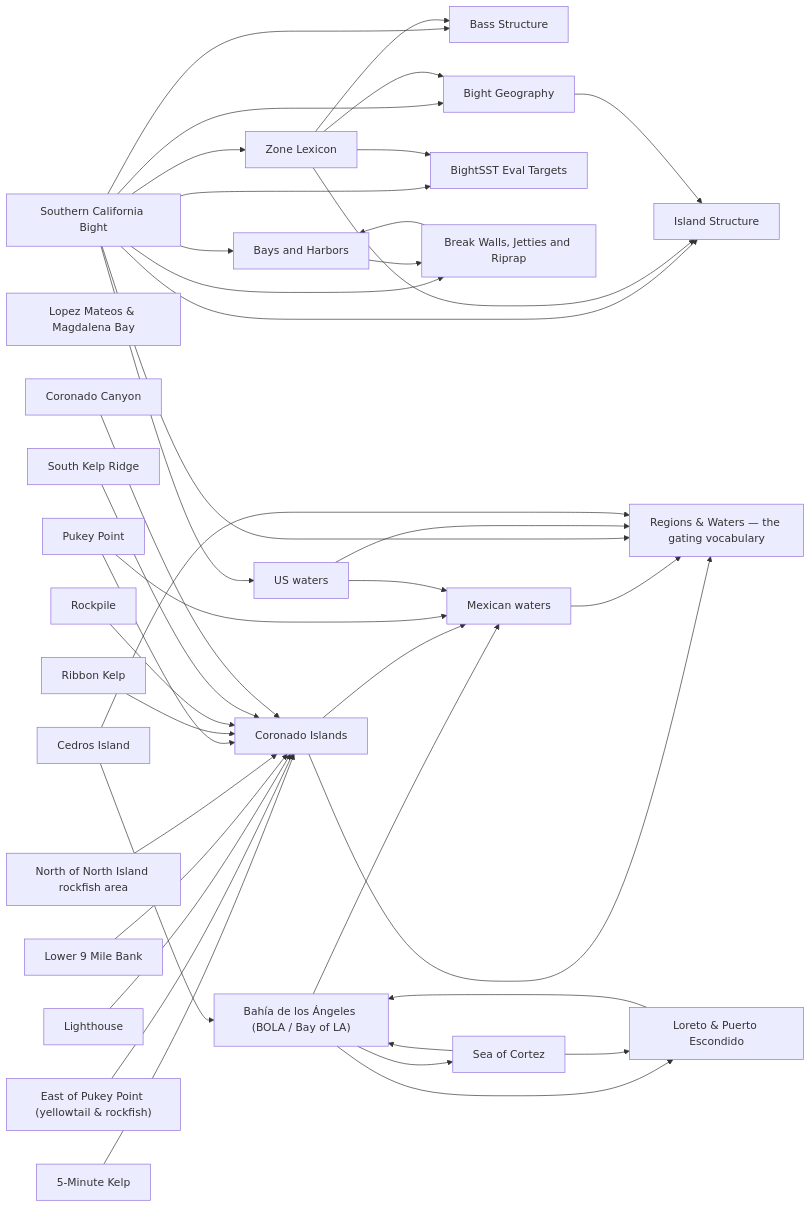
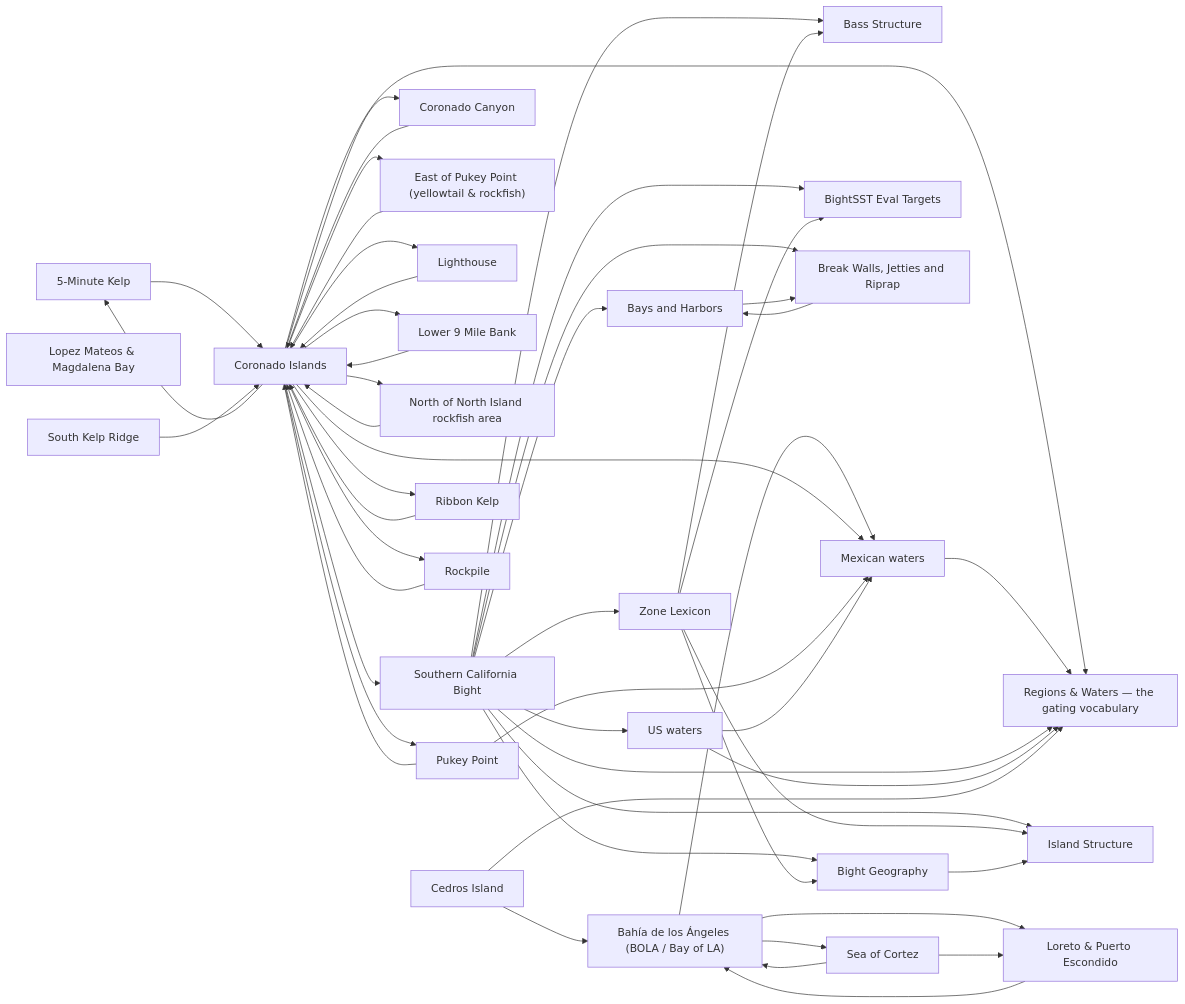
One commit to camchuckpete-max/Socal-Fishing-Knowledge changed the diagram in locations/README.md. Above: the diagram before and after it, drawn with Mermaid. The commit also changed 16 other files, not shown here.

````diff
--- a/locations/README.md
+++ b/locations/README.md
@@ -43,70 +43,80 @@
 ```mermaid
 graph LR
   n0["5-Minute Kelp"]
   n1["Bahía de los Ángeles (BOLA / Bay of LA)"]
   n2["Lopez Mateos & Magdalena Bay"]
   n3["Bass Structure"]
   n4["Bays and Harbors"]
   n5["Bight Geography"]
   n6["BightSST Eval Targets"]
   n7["Break Walls, Jetties and Riprap"]
   n8["Cedros Island"]
   n9["Coronado Canyon"]
   n10["Coronado Islands"]
   n11["East of Pukey Point (yellowtail & rockfish)"]
   n12["Island Structure"]
   n13["Lighthouse"]
   n14["Loreto & Puerto Escondido"]
   n15["Lower 9 Mile Bank"]
   n16["Mexican waters"]
   n17["North of North Island rockfish area"]
   n18["Pukey Point"]
   n19["Regions & Waters — the gating vocabulary"]
   n20["Ribbon Kelp"]
   n21["Rockpile"]
   n22["Sea of Cortez"]
   n23["Southern California Bight"]
   n24["South Kelp Ridge"]
   n25["US waters"]
   n26["Zone Lexicon"]
   n0 --> n10
   n1 --> n14
   n1 --> n16
   n1 --> n22
+  n10 --> n0
+  n10 --> n11
+  n10 --> n13
+  n10 --> n15
   n10 --> n16
+  n10 --> n17
+  n10 --> n18
   n10 --> n19
+  n10 --> n20
+  n10 --> n21
+  n10 --> n23
+  n10 --> n9
   n11 --> n10
   n13 --> n10
   n14 --> n1
   n15 --> n10
   n16 --> n19
   n17 --> n10
   n18 --> n10
   n18 --> n16
   n20 --> n10
   n21 --> n10
   n22 --> n1
   n22 --> n14
   n23 --> n12
   n23 --> n19
   n23 --> n25
   n23 --> n26
   n23 --> n3
   n23 --> n4
   n23 --> n5
   n23 --> n6
   n23 --> n7
   n24 --> n10
   n25 --> n16
   n25 --> n19
   n26 --> n12
   n26 --> n3
   n26 --> n5
   n26 --> n6
   n4 --> n7
   n5 --> n12
   n7 --> n4
   n8 --> n1
   n8 --> n19
   n9 --> n10
 ```
````
